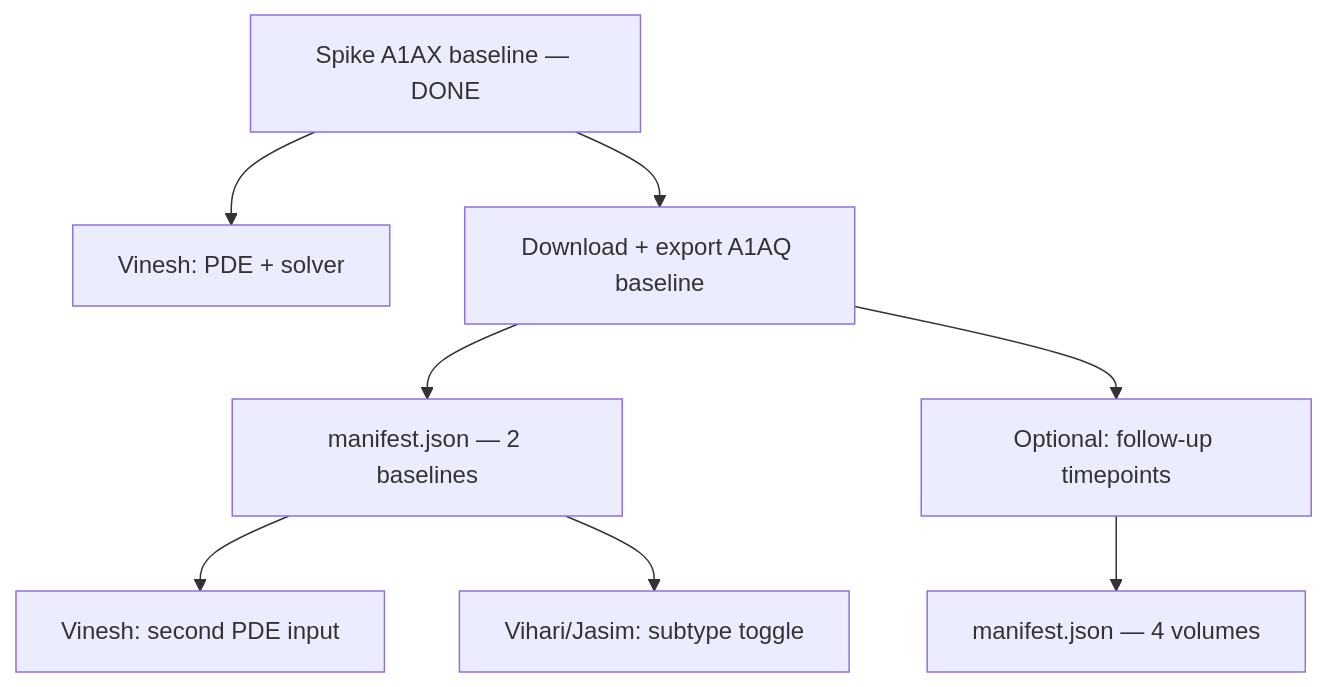
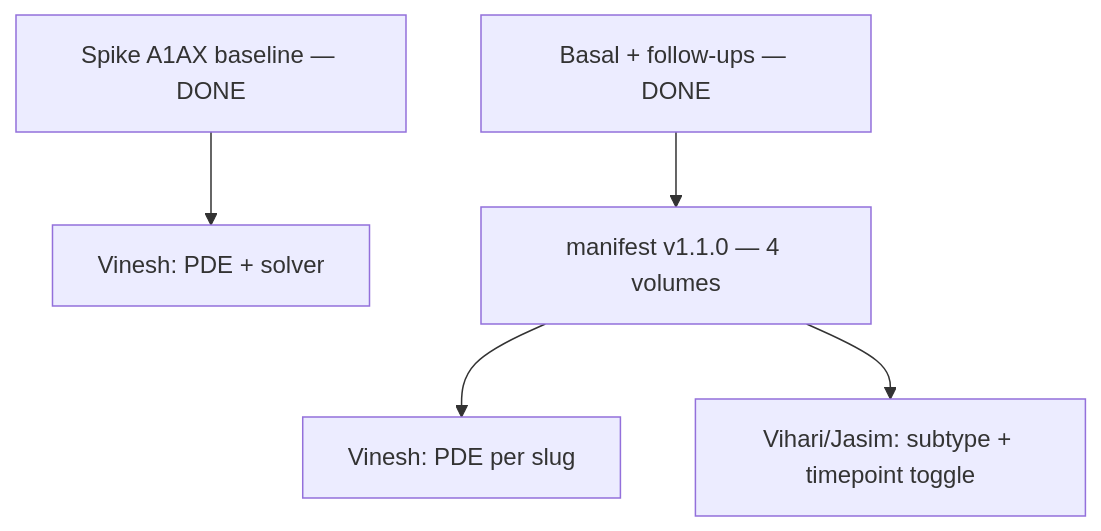
The second of 2 diagrams in breast-cancer-sim/simulation-vinesh-philip-chandan/philip-chandan/PLAN.md (praneethmandalapu/QBIHack), drawn with Mermaid before and after one commit. The commit also changed other lines of this file, not shown here.

````diff
--- a/breast-cancer-sim/simulation-vinesh-philip-chandan/philip-chandan/PLAN.md
+++ b/breast-cancer-sim/simulation-vinesh-philip-chandan/philip-chandan/PLAN.md
@@ -466,10 +469,7 @@
 ```mermaid
 flowchart TD
     S[Spike A1AX baseline — DONE] --> V[Vinesh: PDE + solver]
-    S --> B[Download + export A1AQ baseline]
-    B --> M[manifest.json — 2 baselines]
-    M --> V2[Vinesh: second PDE input]
-    M --> UI[Vihari/Jasim: subtype toggle]
-    B --> L[Optional: follow-up timepoints]
-    L --> M2[manifest.json — 4 volumes]
+    B[Basal + follow-ups — DONE] --> M[manifest v1.1.0 — 4 volumes]
+    M --> V2[Vinesh: PDE per slug]
+    M --> UI[Vihari/Jasim: subtype + timepoint toggle]
 ```
````
